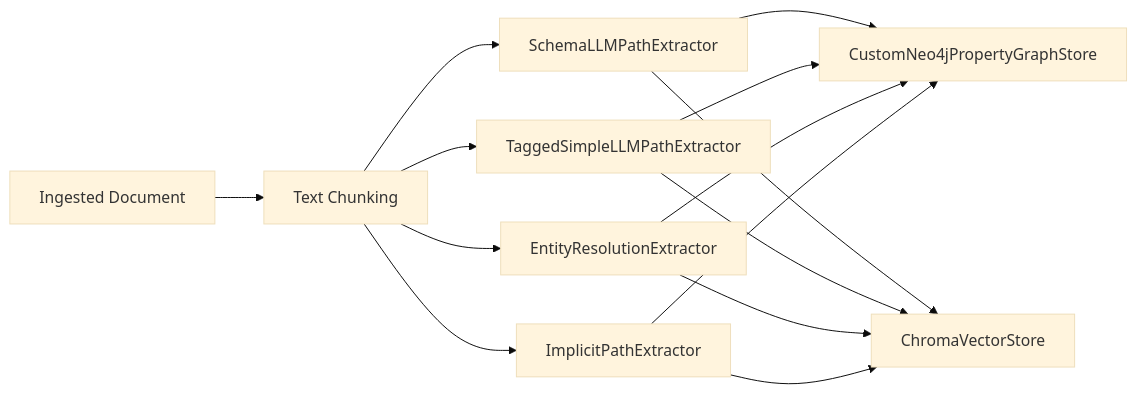
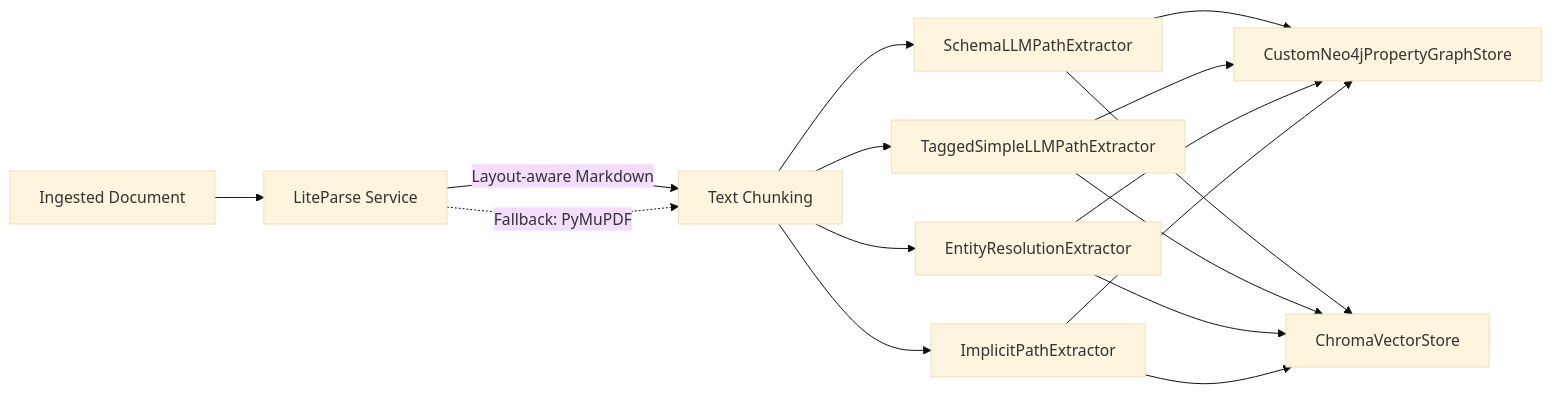
The first of 2 diagrams in README.md (Senthilsivam41/kinegraph-v), drawn with Mermaid (base theme) before and after one commit. The commit also changed other lines of this file and 10 other files, not shown here.

````diff
--- a/README.md
+++ b/README.md
@@ -55,11 +55,13 @@
 ```mermaid
 graph LR
-    Doc[Ingested Document] --> Parse[Text Chunking]
+    Doc[Ingested Document] --> LP[LiteParse Service]
+    LP -->|Layout-aware Markdown| Parse[Text Chunking]
+    LP -.->|Fallback: PyMuPDF| Parse
     Parse --> Ext1[SchemaLLMPathExtractor]
     Parse --> Ext2[TaggedSimpleLLMPathExtractor]
     Parse --> Ext3[EntityResolutionExtractor]
     Parse --> Ext4[ImplicitPathExtractor]
     
     Ext1 & Ext2 & Ext3 & Ext4 --> GraphStore[CustomNeo4jPropertyGraphStore]
     Ext1 & Ext2 & Ext3 & Ext4 --> VectorStore[ChromaVectorStore]
 ```
````
